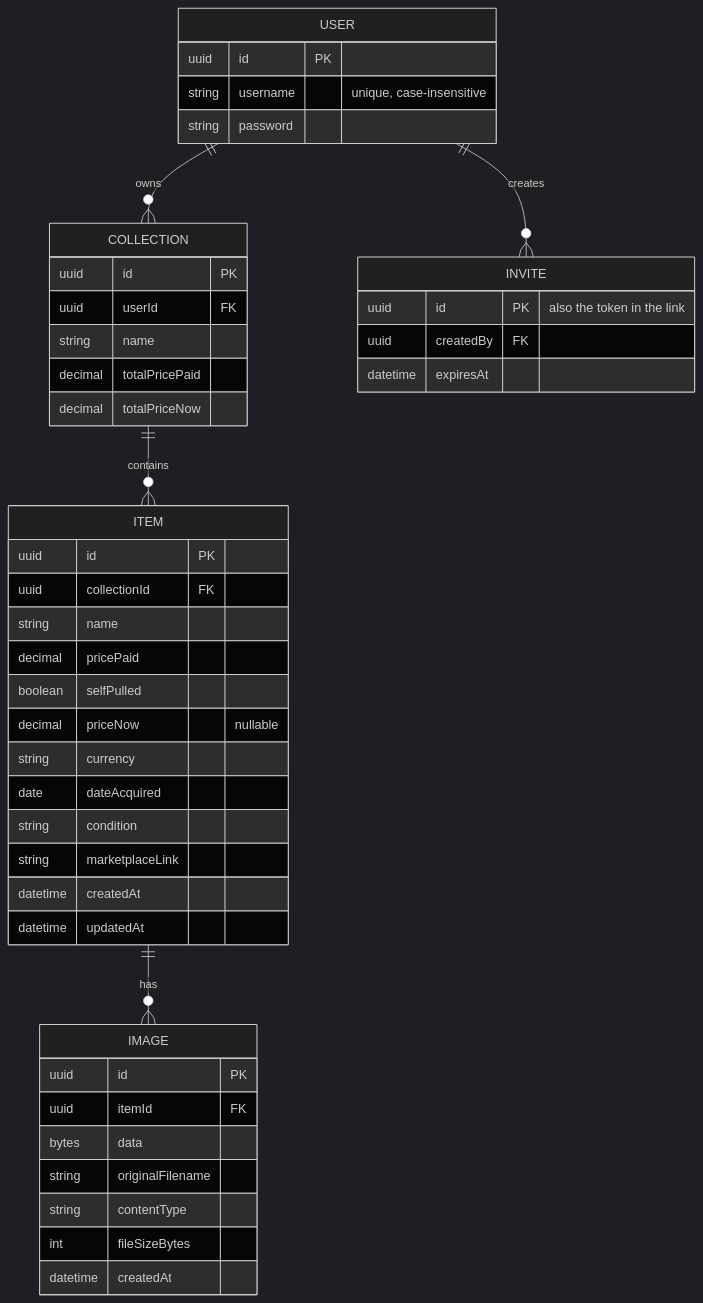
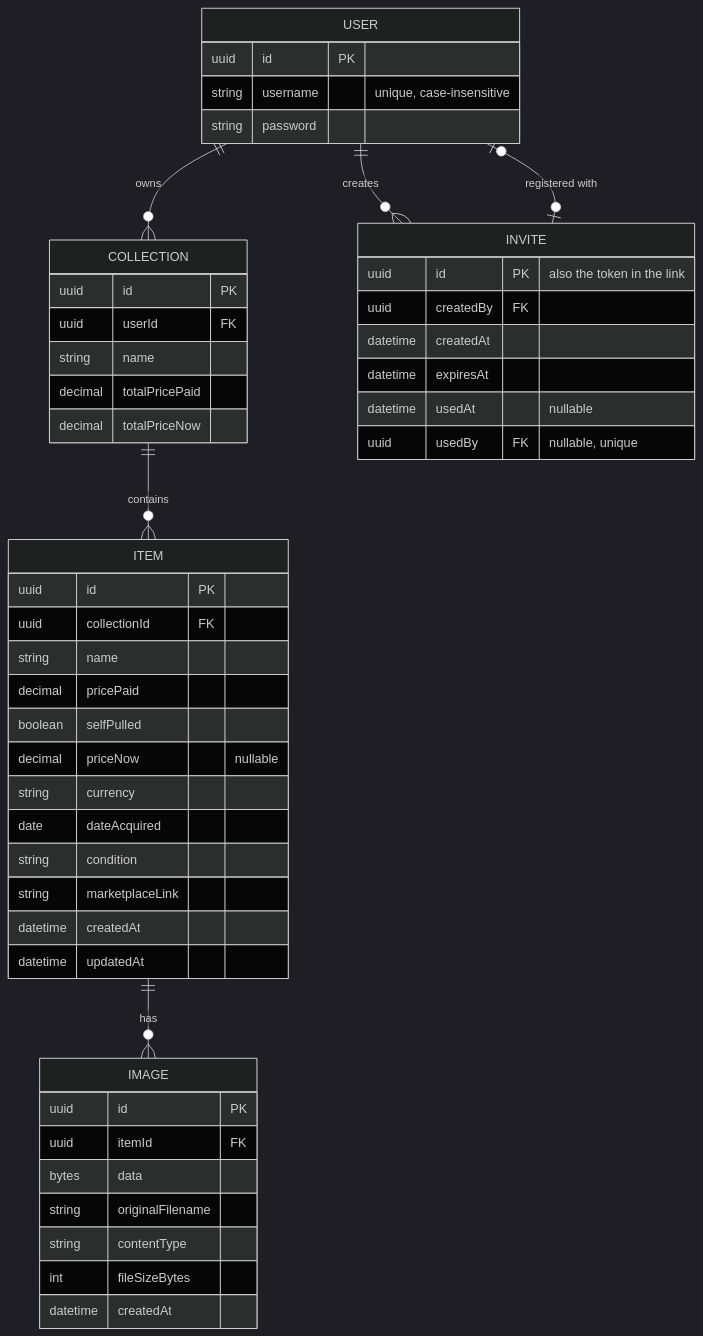
One commit to MarcoSchoch1/pack-rat-docs changed the diagram in database/data-model-mvp.md. Above: the diagram before and after it, drawn with Mermaid (dark theme). The commit also changed other lines of this file and 2 other files, not shown here.

Commit message:
feat: change the Invite Table to have a audit trail so you see who invited who and when

````diff
--- a/database/data-model-mvp.md
+++ b/database/data-model-mvp.md
@@ -5,47 +5,51 @@
 ```mermaid
 erDiagram
   USER ||--o{ COLLECTION : owns
   USER ||--o{ INVITE : creates
+  USER |o--o| INVITE : "registered with"
   COLLECTION ||--o{ ITEM : contains
   ITEM ||--o{ IMAGE : has
   USER {
     uuid id PK
     string username "unique, case-insensitive"
     string password
   }
   INVITE {
     uuid id PK "also the token in the link"
     uuid createdBy FK
+    datetime createdAt
     datetime expiresAt
+    datetime usedAt "nullable"
+    uuid usedBy FK "nullable, unique"
   }
   COLLECTION {
     uuid id PK
     uuid userId FK
     string name
     decimal totalPricePaid
     decimal totalPriceNow
   }
   ITEM {
     uuid id PK
     uuid collectionId FK
     string name
     decimal pricePaid
     boolean selfPulled
     decimal priceNow "nullable"
     string currency
     date dateAcquired
     string condition
     string marketplaceLink
     datetime createdAt
     datetime updatedAt
   }
   IMAGE {
     uuid id PK
     uuid itemId FK
     bytes data
     string originalFilename
     string contentType
     int fileSizeBytes
     datetime createdAt
   }
 ```
````
